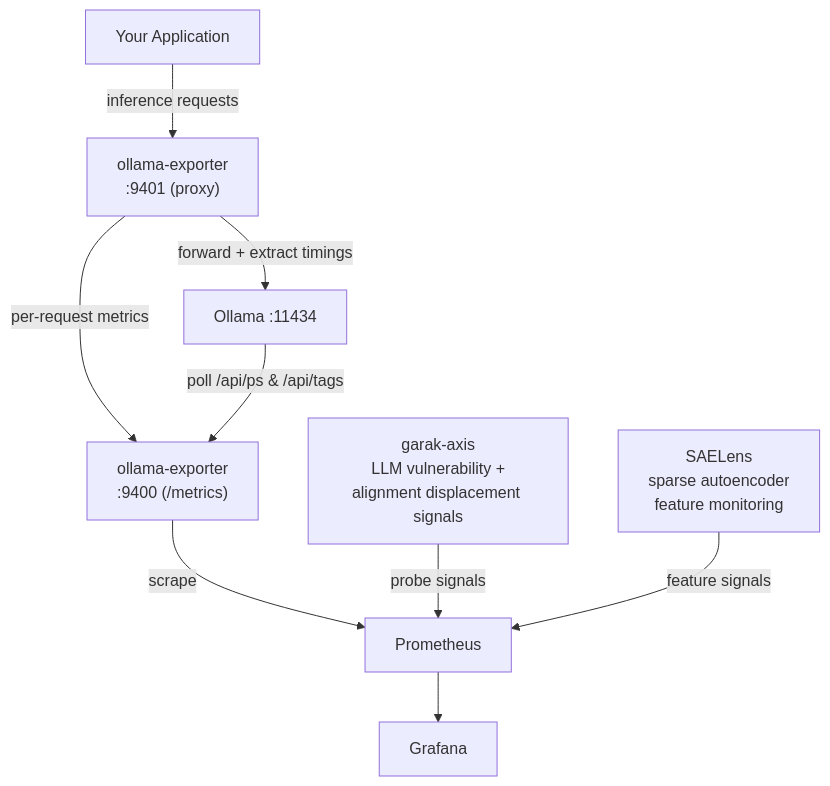
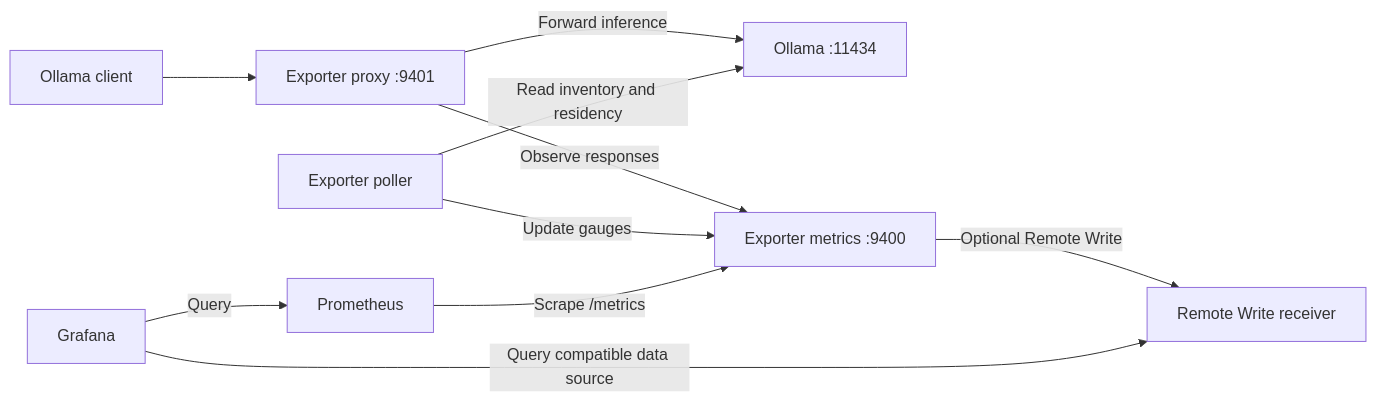
The diagram in README.md (maravexa/ollama-exporter), drawn with Mermaid before and after one commit. The commit also changed other lines of this file, not shown here.

Commit message:
docs: clarify setup, scope and exporter architecture

````diff
--- a/README.md
+++ b/README.md
@@ -358,20 +370,21 @@
 ```mermaid
-flowchart TD
-    App["Your Application"]
+flowchart LR
+    App["Ollama client"]
+    Proxy["Exporter proxy :9401"]
     Ollama["Ollama :11434"]
-    Proxy["ollama-exporter\n:9401 (proxy)"]
-    Metrics["ollama-exporter\n:9400 (/metrics)"]
+    Poller["Exporter poller"]
+    Metrics["Exporter metrics :9400"]
     Prom["Prometheus"]
+    Remote["Remote Write receiver"]
     Grafana["Grafana"]
-    Garak["garak-axis\nLLM vulnerability +\nalignment displacement signals"]
-    SAE["SAELens\nsparse autoencoder\nfeature monitoring"]
 
-    App -- "inference requests" --> Proxy
-    Proxy -- "forward + extract timings" --> Ollama
-    Proxy -- "per-request metrics" --> Metrics
-    Ollama -- "poll /api/ps & /api/tags" --> Metrics
-    Metrics -- "scrape" --> Prom
-    Garak -- "probe signals" --> Prom
-    SAE -- "feature signals" --> Prom
-    Prom --> Grafana
+    App --> Proxy
+    Proxy -->|Forward inference| Ollama
+    Proxy -->|Observe responses| Metrics
+    Poller -->|Read inventory and residency| Ollama
+    Poller -->|Update gauges| Metrics
+    Prom -->|Scrape /metrics| Metrics
+    Metrics -->|Optional Remote Write| Remote
+    Grafana -->|Query| Prom
+    Grafana -->|Query compatible data source| Remote
 ```
````
